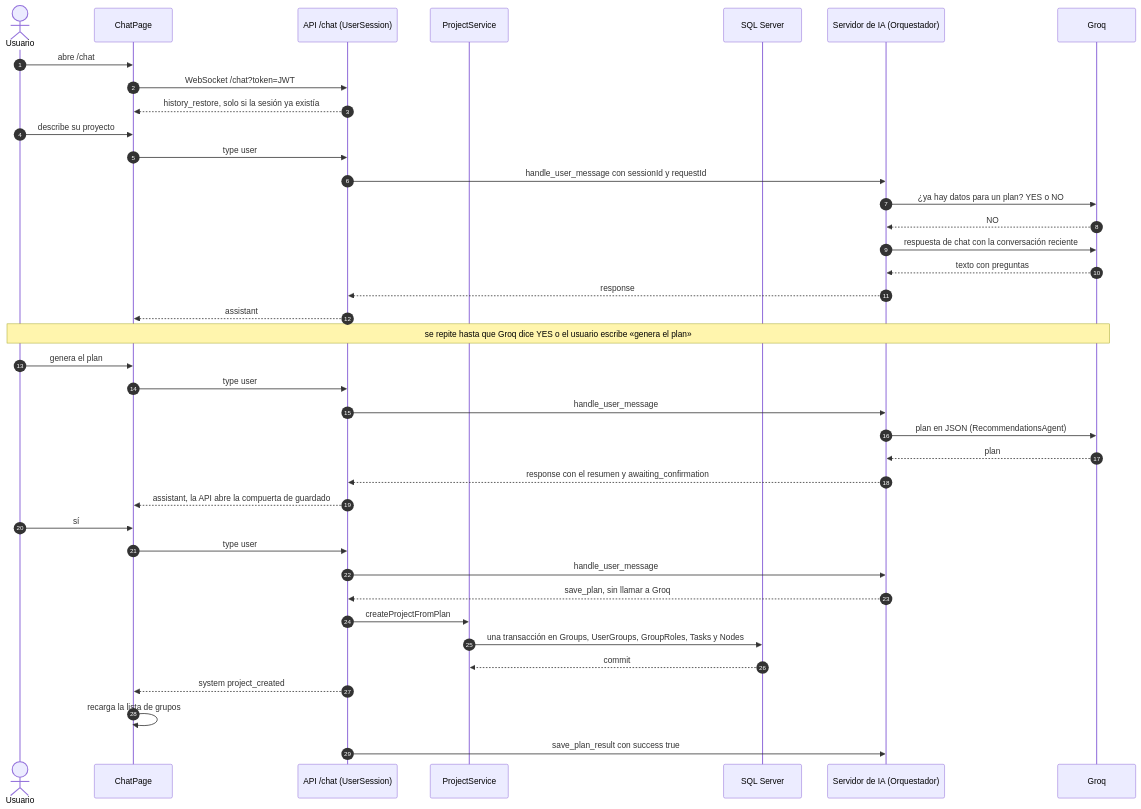
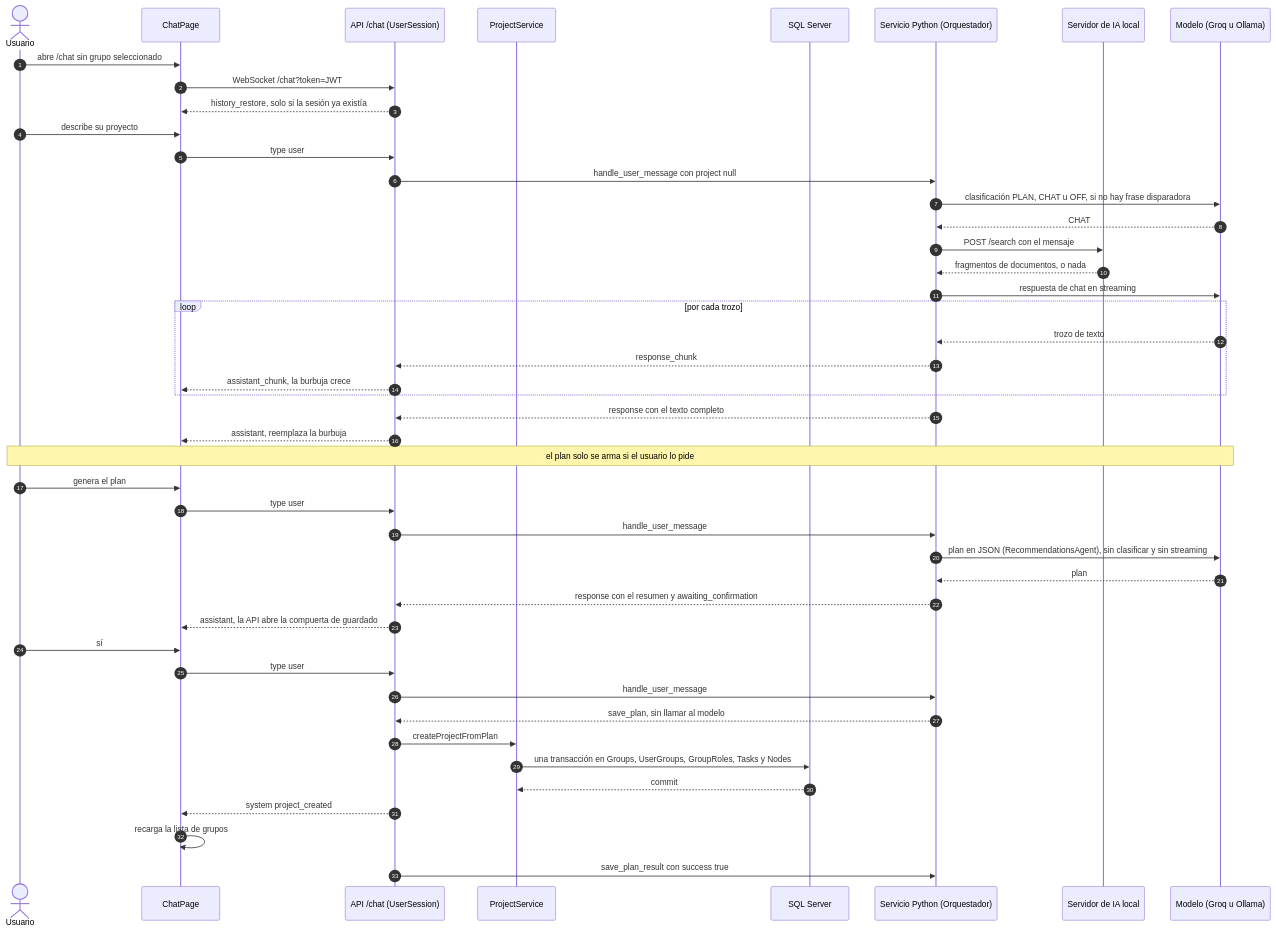
One commit to PabloP150/proyecto-is-cc6 changed the first of 4 diagrams in documentacion/06-flujos/05-chat-ia.md. Above: the diagram before and after it, drawn with Mermaid. The commit also changed other lines of this file and 204 other files, not shown here.

First line of the commit message:
docs: update all documentation, diagrams and PNGs to the test/e2e state

````diff
--- a/documentacion/06-flujos/05-chat-ia.md
+++ b/documentacion/06-flujos/05-chat-ia.md
@@ -7,42 +7,49 @@
 ```mermaid
 sequenceDiagram
     autonumber
     actor U as Usuario
     participant FE as ChatPage
     participant API as API /chat (UserSession)
     participant PS as ProjectService
     participant DB as SQL Server
-    participant PY as Servidor de IA (Orquestador)
-    participant GQ as Groq
+    participant PY as Servicio Python (Orquestador)
+    participant KN as Servidor de IA local
+    participant LLM as Modelo (Groq u Ollama)
 
-    U->>FE: abre /chat
+    U->>FE: abre /chat sin grupo seleccionado
     FE->>API: WebSocket /chat?token=JWT
     API-->>FE: history_restore, solo si la sesión ya existía
     U->>FE: describe su proyecto
     FE->>API: type user
-    API->>PY: handle_user_message con sessionId y requestId
-    PY->>GQ: ¿ya hay datos para un plan? YES o NO
-    GQ-->>PY: NO
-    PY->>GQ: respuesta de chat con la conversación reciente
-    GQ-->>PY: texto con preguntas
-    PY-->>API: response
-    API-->>FE: assistant
-    Note over U,GQ: se repite hasta que Groq dice YES o el usuario escribe «genera el plan»
+    API->>PY: handle_user_message con project null
+    PY->>LLM: clasificación PLAN, CHAT u OFF, si no hay frase disparadora
+    LLM-->>PY: CHAT
+    PY->>KN: POST /search con el mensaje
+    KN-->>PY: fragmentos de documentos, o nada
+    PY->>LLM: respuesta de chat en streaming
+    loop por cada trozo
+        LLM-->>PY: trozo de texto
+        PY-->>API: response_chunk
+        API-->>FE: assistant_chunk, la burbuja crece
+    end
+    PY-->>API: response con el texto completo
+    API-->>FE: assistant, reemplaza la burbuja
+    Note over U,LLM: el plan solo se arma si el usuario lo pide
     U->>FE: genera el plan
     FE->>API: type user
     API->>PY: handle_user_message
-    PY->>GQ: plan en JSON (RecommendationsAgent)
-    GQ-->>PY: plan
+    PY->>LLM: plan en JSON (RecommendationsAgent), sin clasificar y sin streaming
+    LLM-->>PY: plan
     PY-->>API: response con el resumen y awaiting_confirmation
     API-->>FE: assistant, la API abre la compuerta de guardado
     U->>FE: sí
     FE->>API: type user
     API->>PY: handle_user_message
-    PY-->>API: save_plan, sin llamar a Groq
+    PY-->>API: save_plan, sin llamar al modelo
     API->>PS: createProjectFromPlan
     PS->>DB: una transacción en Groups, UserGroups, GroupRoles, Tasks y Nodes
     DB-->>PS: commit
     API-->>FE: system project_created
     FE->>FE: recarga la lista de grupos
     API->>PY: save_plan_result con success true
 ```
````
